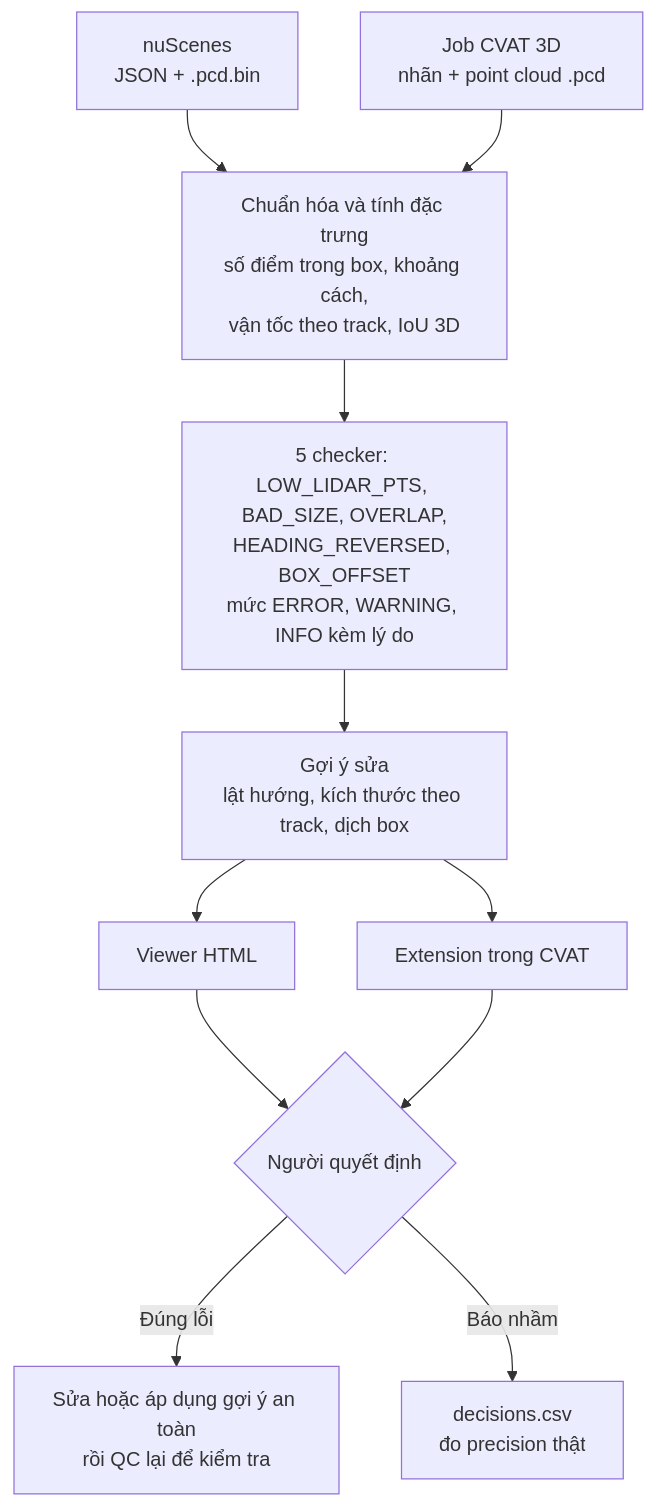
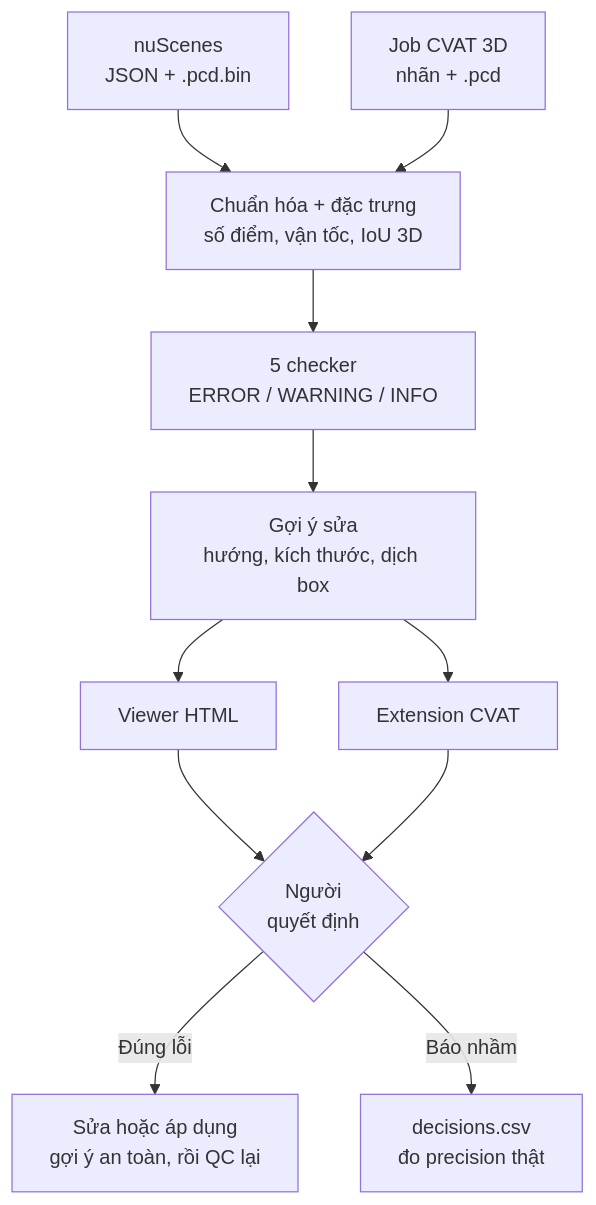
One commit to vuomg/cvat-lidar-3d-cuboid-annotation-qc changed the second of 4 diagrams in README.md. Above: the diagram before and after it, drawn with Mermaid.

Commit message:
README: shorten pipeline diagram labels

````diff
--- a/README.md
+++ b/README.md
@@ -46,14 +46,14 @@
 ```mermaid
 flowchart TB
     N["nuScenes<br/>JSON + .pcd.bin"] --> P
-    V["Job CVAT 3D<br/>nhãn + point cloud .pcd"] --> P
-    P["Chuẩn hóa và tính đặc trưng<br/>số điểm trong box, khoảng cách,<br/>vận tốc theo track, IoU 3D"]
-    P --> C["5 checker: LOW_LIDAR_PTS, BAD_SIZE, OVERLAP,<br/>HEADING_REVERSED, BOX_OFFSET<br/>mức ERROR, WARNING, INFO kèm lý do"]
-    C --> X["Gợi ý sửa<br/>lật hướng, kích thước theo track, dịch box"]
+    V["Job CVAT 3D<br/>nhãn + .pcd"] --> P
+    P["Chuẩn hóa + đặc trưng<br/>số điểm, vận tốc, IoU 3D"]
+    P --> C["5 checker<br/>ERROR / WARNING / INFO"]
+    C --> X["Gợi ý sửa<br/>hướng, kích thước, dịch box"]
     X --> VW["Viewer HTML"]
-    X --> EXT["Extension trong CVAT"]
-    VW --> H{"Người quyết định"}
+    X --> EXT["Extension CVAT"]
+    VW --> H{"Người<br/>quyết định"}
     EXT --> H
-    H -->|"Đúng lỗi"| FIX["Sửa hoặc áp dụng gợi ý an toàn<br/>rồi QC lại để kiểm tra"]
+    H -->|"Đúng lỗi"| FIX["Sửa hoặc áp dụng<br/>gợi ý an toàn, rồi QC lại"]
     H -->|"Báo nhầm"| DEC["decisions.csv<br/>đo precision thật"]
 ```
````
